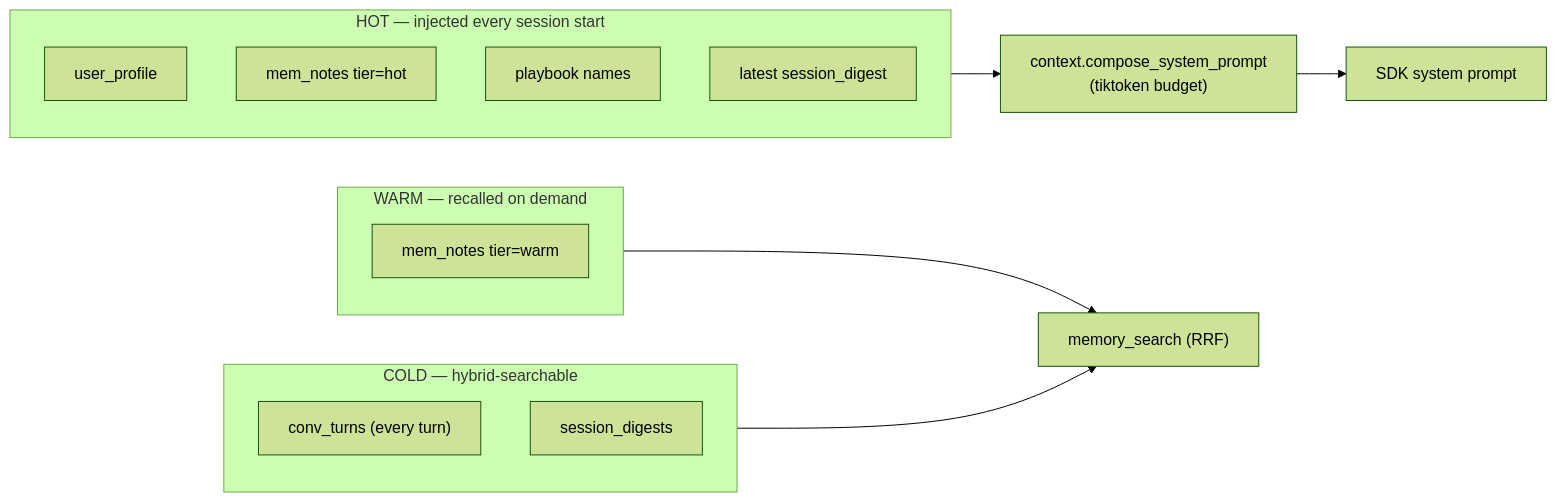
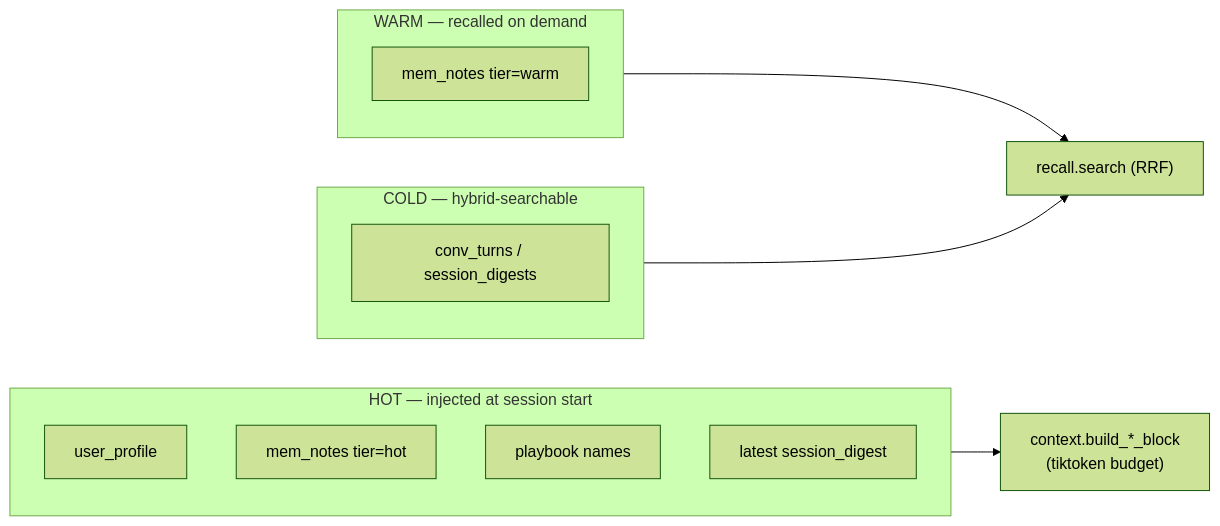
The third of 5 diagrams in docs/TECHNICAL_REPORT.md (cloudaipro/CIOAgent), drawn with Mermaid (forest theme) before and after one commit. The commit also changed other lines of this file, not shown here.

````diff
--- a/docs/TECHNICAL_REPORT.md
+++ b/docs/TECHNICAL_REPORT.md
@@ -103,20 +118,18 @@
 ```mermaid
 flowchart LR
-    subgraph HOT["HOT — injected every session start"]
+    subgraph HOT["HOT — injected at session start"]
         P["user_profile"]
         HN["mem_notes tier=hot"]
         PB["playbook names"]
         DG["latest session_digest"]
     end
     subgraph WARM["WARM — recalled on demand"]
         WN["mem_notes tier=warm"]
     end
     subgraph COLD["COLD — hybrid-searchable"]
-        CT["conv_turns (every turn)"]
-        DGS["session_digests"]
+        CT["conv_turns / session_digests"]
     end
-    HOT --> INJ["context.compose_system_prompt<br/>(tiktoken budget)"]
-    WARM --> SRCH["memory_search (RRF)"]
+    HOT --> INJ["context.build_*_block<br/>(tiktoken budget)"]
+    WARM --> SRCH["recall.search (RRF)"]
     COLD --> SRCH
-    INJ --> SP["SDK system prompt"]
 ```
````
